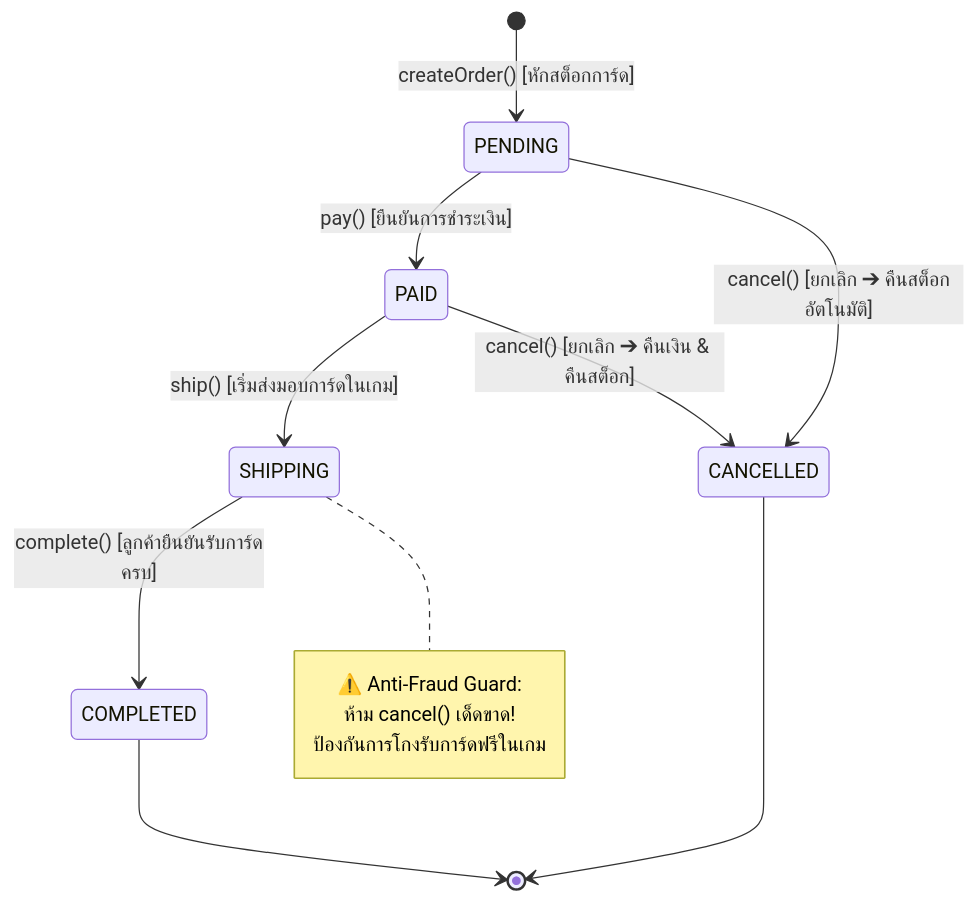
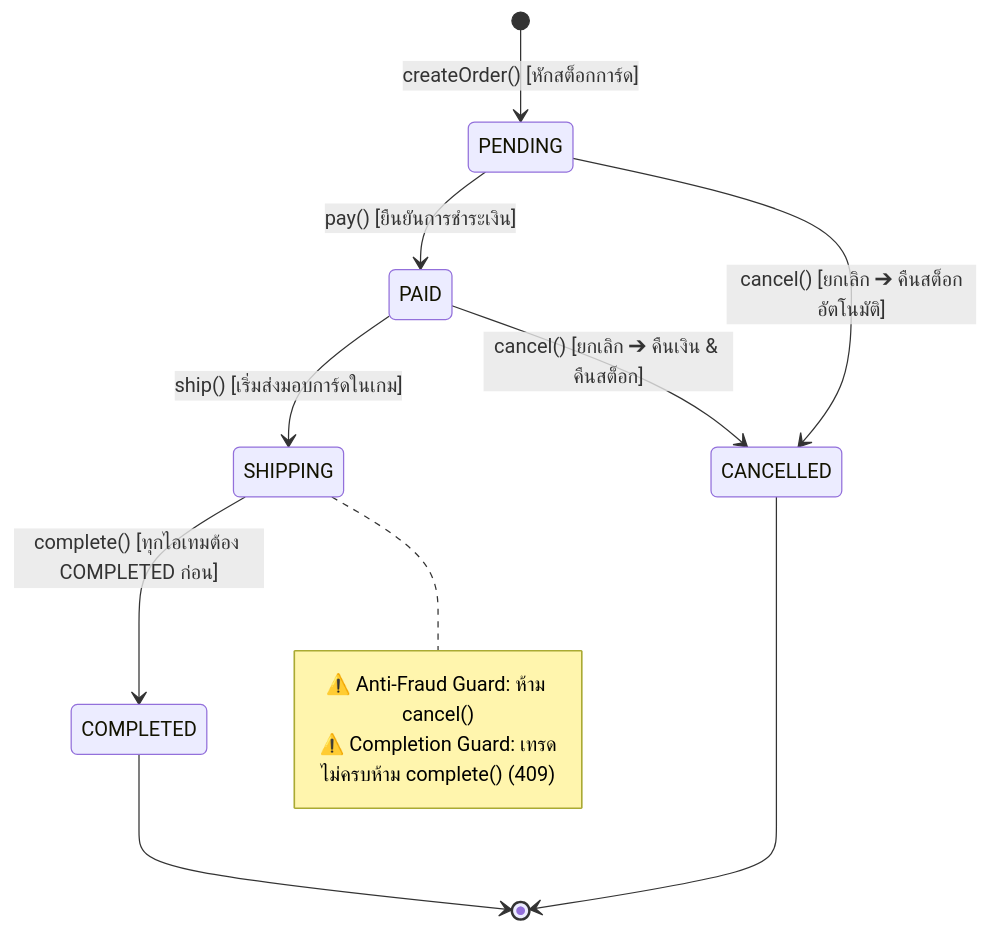
The first of 2 diagrams in doc/slide/slide MEMBER 4.md (Bigzzz0/Pok-Vault_Commerce), drawn with Mermaid before and after one commit. The commit also changed other lines of this file and 29 other files, not shown here.

First line of the commit message:
feat(trade): enforce trade completion guard, strict trade status sequence, and match inventory validation

````diff
--- a/doc/slide/slide MEMBER 4.md
+++ b/doc/slide/slide MEMBER 4.md
@@ -82,20 +83,19 @@
 ```mermaid
 stateDiagram-v2
     [*] --> PENDING : createOrder() [หักสต็อกการ์ด]
     PENDING --> PAID : pay() [ยืนยันการชำระเงิน]
     PENDING --> CANCELLED : cancel() [ยกเลิก ➔ คืนสต็อกอัตโนมัติ]
     
     PAID --> SHIPPING : ship() [เริ่มส่งมอบการ์ดในเกม]
     PAID --> CANCELLED : cancel() [ยกเลิก ➔ คืนเงิน & คืนสต็อก]
     
-    SHIPPING --> COMPLETED : complete() [ลูกค้ายืนยันรับการ์ดครบ]
+    SHIPPING --> COMPLETED : complete() [ทุกไอเทมต้อง COMPLETED ก่อน]
     
     note right of SHIPPING
-        ⚠️ Anti-Fraud Guard:
-        ห้าม cancel() เด็ดขาด!
-        ป้องกันการโกงรับการ์ดฟรีในเกม
+        ⚠️ Anti-Fraud Guard: ห้าม cancel()
+        ⚠️ Completion Guard: เทรดไม่ครบห้าม complete() (409)
     end note
     
     COMPLETED --> [*]
     CANCELLED --> [*]
 ```
````
